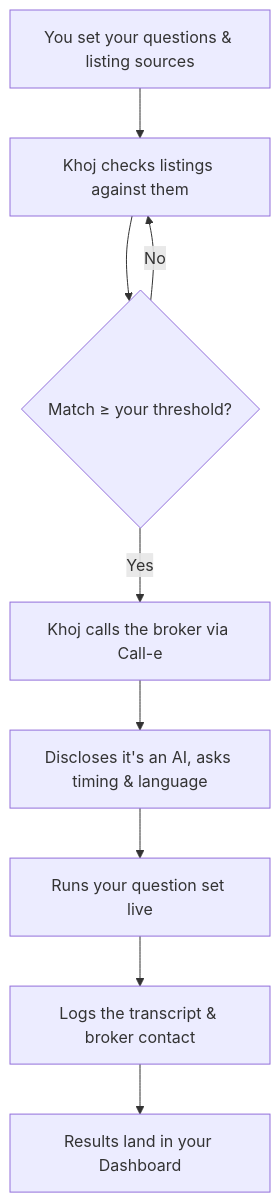
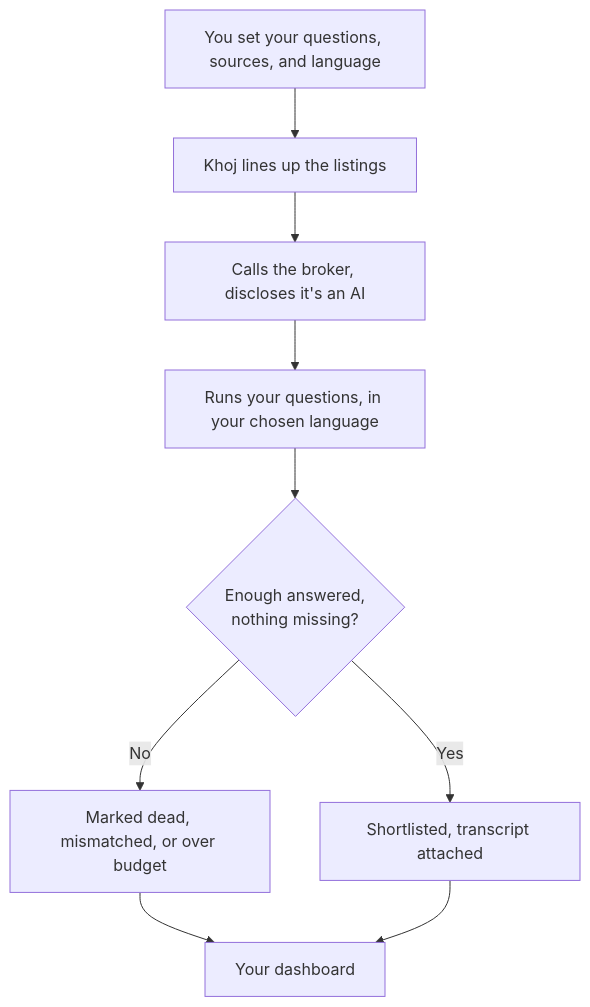
The first of 2 diagrams in README.md (manyamharshitha/KHOJ), drawn with Mermaid before and after one commit. The commit also changed other lines of this file and 162 other files, not shown here.

````diff
--- a/README.md
+++ b/README.md
@@ -40,11 +21,11 @@
 ```mermaid
 flowchart TD
-    A[You set your questions & listing sources] --> B[Khoj checks listings against them]
-    B --> C{Match ≥ your threshold?}
-    C -- No --> B
-    C -- Yes --> D[Khoj calls the broker via Call-e]
-    D --> E[Discloses it's an AI, asks timing & language]
-    E --> F[Runs your question set live]
-    F --> G[Logs the transcript & broker contact]
-    G --> H[Results land in your Dashboard]
+    A[You set your questions, sources, and language] --> B[Khoj lines up the listings]
+    B --> C[Calls the broker, discloses it's an AI]
+    C --> D[Runs your questions, in your chosen language]
+    D --> E{Enough answered,<br/>nothing missing?}
+    E -- No --> F[Marked dead, mismatched, or over budget]
+    E -- Yes --> G[Shortlisted, transcript attached]
+    F --> H[Your dashboard]
+    G --> H
 ```
````
